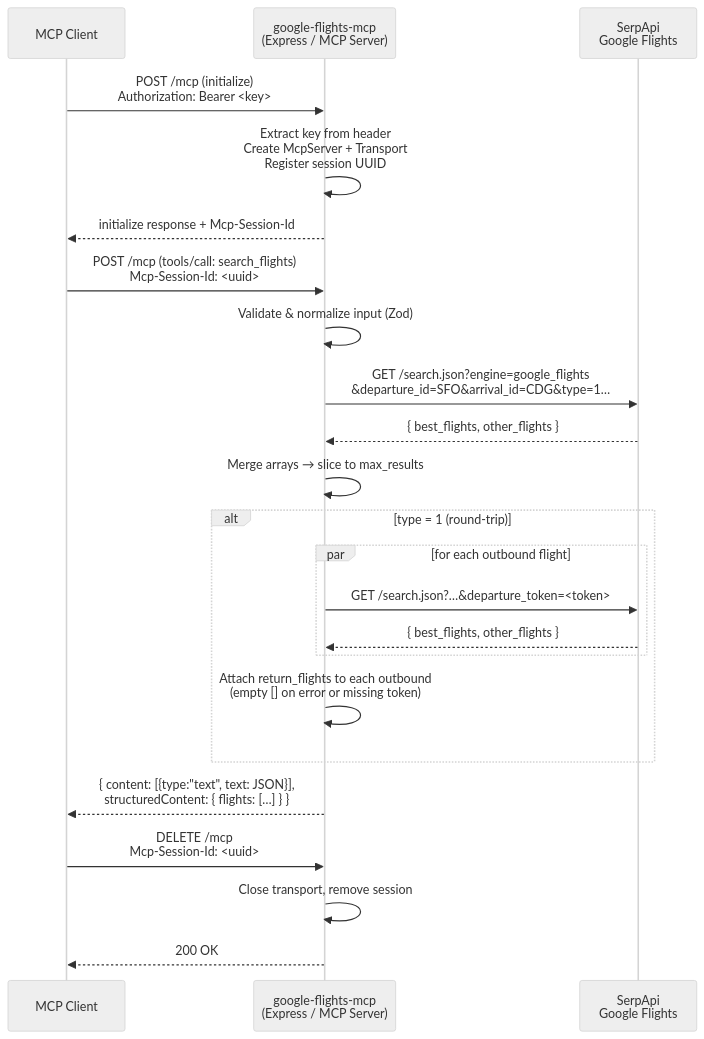
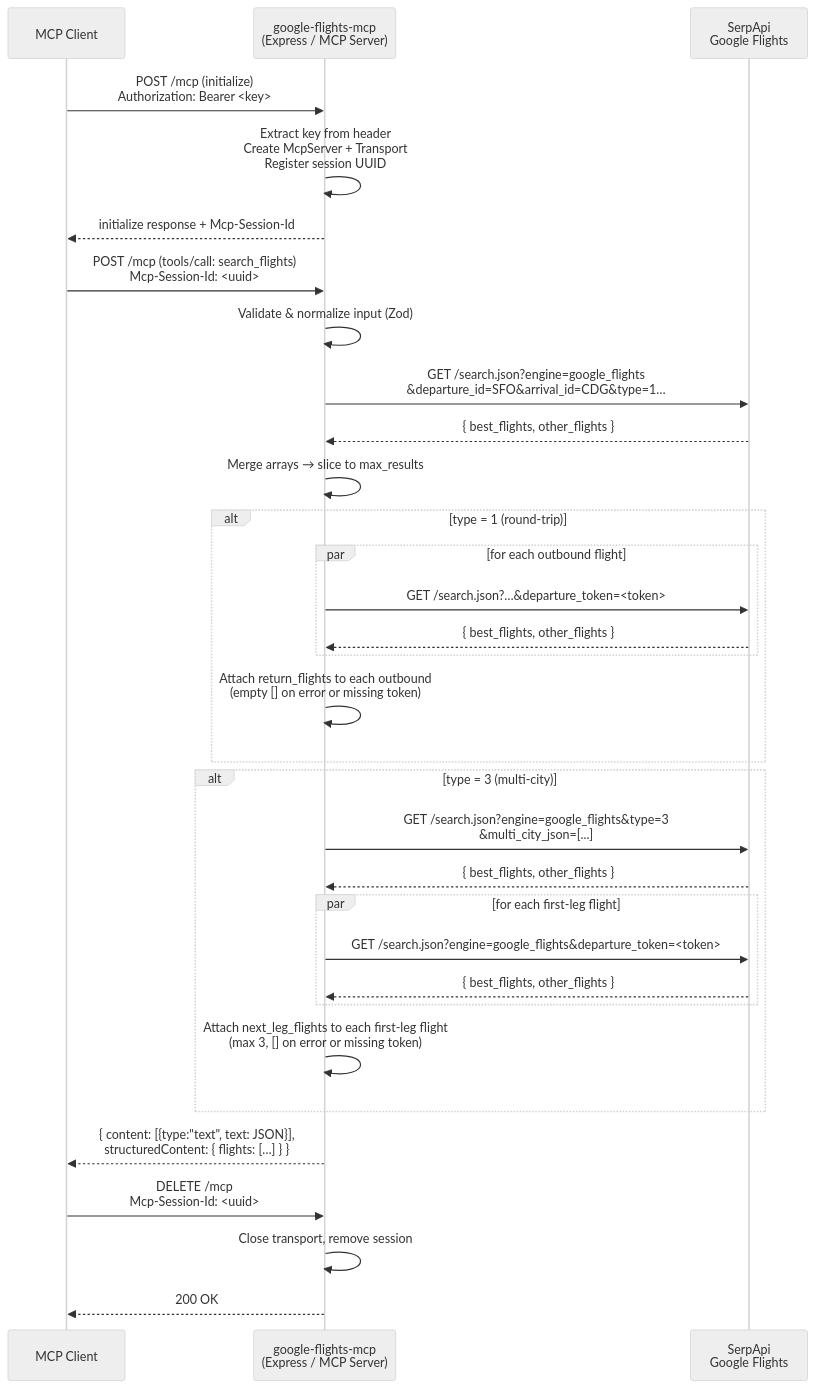
One commit to moukayz/my-tesm-tests changed the diagram in google-flights-mcp/README.md. Above: the diagram before and after it, drawn with Mermaid (neutral theme). The commit also changed other lines of this file and 6 other files, not shown here.

Commit message:
[google-flight-mcp] refactor

````diff
--- a/google-flights-mcp/README.md
+++ b/google-flights-mcp/README.md
@@ -60,31 +68,41 @@
 ```mermaid
 sequenceDiagram
     participant C as MCP Client
     participant S as google-flights-mcp<br/>(Express / MCP Server)
     participant A as SerpApi<br/>Google Flights
 
     C->>S: POST /mcp (initialize)<br/>Authorization: Bearer <key>
     S->>S: Extract key from header<br/>Create McpServer + Transport<br/>Register session UUID
     S-->>C: initialize response + Mcp-Session-Id
 
     C->>S: POST /mcp (tools/call: search_flights)<br/>Mcp-Session-Id: <uuid>
     S->>S: Validate & normalize input (Zod)
 
     S->>A: GET /search.json?engine=google_flights<br/>&departure_id=SFO&arrival_id=CDG&type=1…
     A-->>S: { best_flights, other_flights }
     S->>S: Merge arrays → slice to max_results
 
     alt type = 1 (round-trip)
         par for each outbound flight
             S->>A: GET /search.json?…&departure_token=<token>
             A-->>S: { best_flights, other_flights }
         end
         S->>S: Attach return_flights to each outbound<br/>(empty [] on error or missing token)
     end
 
+    alt type = 3 (multi-city)
+        S->>A: GET /search.json?engine=google_flights&type=3<br/>&multi_city_json=[...]
+        A-->>S: { best_flights, other_flights }
+        par for each first-leg flight
+            S->>A: GET /search.json?engine=google_flights&departure_token=<token>
+            A-->>S: { best_flights, other_flights }
+        end
+        S->>S: Attach next_leg_flights to each first-leg flight<br/>(max 3, [] on error or missing token)
+    end
+
     S-->>C: { content: [{type:"text", text: JSON}],<br/>  structuredContent: { flights: […] } }
 
     C->>S: DELETE /mcp<br/>Mcp-Session-Id: <uuid>
     S->>S: Close transport, remove session
     S-->>C: 200 OK
 ```
````
